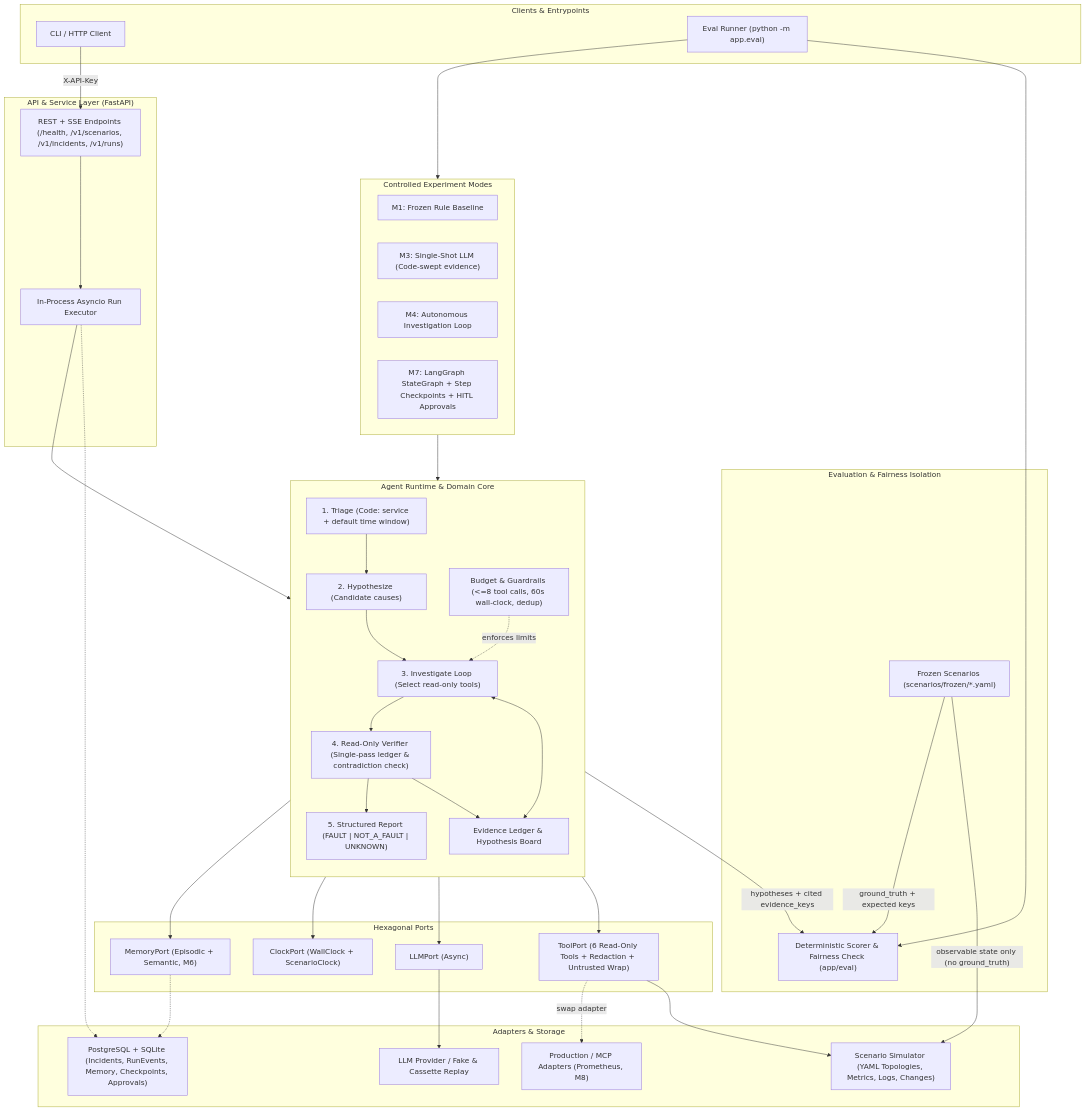
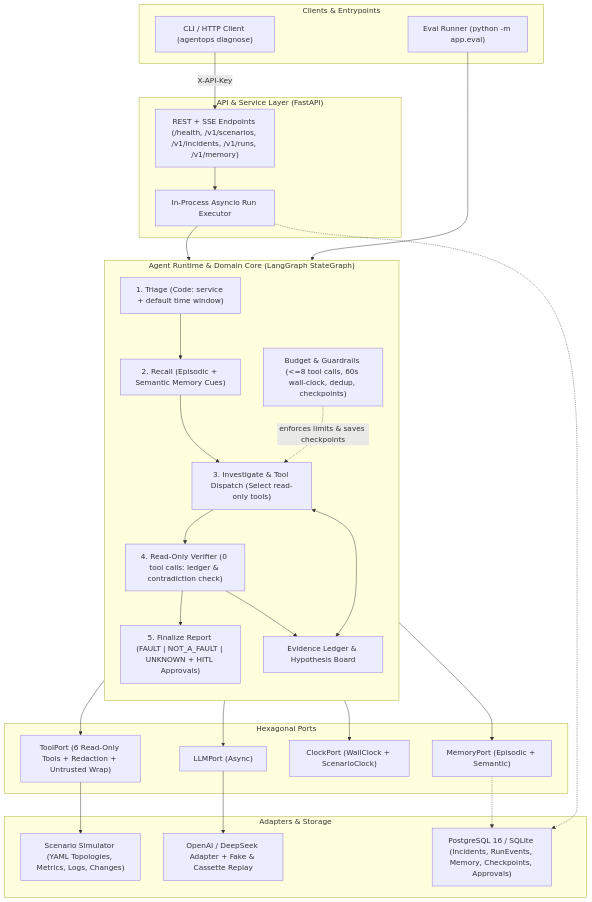
The diagram in README.md (kayzenline/AI-Autonomous-Incident-Diagnosis-Platform), drawn with Mermaid before and after one commit. The commit also changed other lines of this file and 1 other file, not shown here.

````diff
--- a/README.md
+++ b/README.md
@@ -9,75 +33,50 @@
 ```mermaid
 flowchart TB
     subgraph Clients["Clients & Entrypoints"]
-        CLI["CLI / HTTP Client"]
+        CLI["CLI / HTTP Client (agentops diagnose)"]
         EvalCLI["Eval Runner (python -m app.eval)"]
     end
 
     subgraph API["API & Service Layer (FastAPI)"]
-        REST["REST + SSE Endpoints (/health, /v1/scenarios, /v1/incidents, /v1/runs)"]
+        REST["REST + SSE Endpoints (/health, /v1/scenarios, /v1/incidents, /v1/runs, /v1/memory)"]
         Exec["In-Process Asyncio Run Executor"]
     end
 
-    subgraph Domain["Agent Runtime & Domain Core"]
+    subgraph Domain["Agent Runtime & Domain Core (LangGraph StateGraph)"]
         direction TB
         Triage["1. Triage (Code: service + default time window)"]
-        Hypo["2. Hypothesize (Candidate causes)"]
-        Investigate["3. Investigate Loop (Select read-only tools)"]
-        Verifier["4. Read-Only Verifier (Single-pass ledger & contradiction check)"]
-        Report["5. Structured Report (FAULT | NOT_A_FAULT | UNKNOWN)"]
+        Recall["2. Recall (Episodic + Semantic Memory Cues)"]
+        Investigate["3. Investigate & Tool Dispatch (Select read-only tools)"]
+        Verifier["4. Read-Only Verifier (0 tool calls: ledger & contradiction check)"]
+        Report["5. Finalize Report (FAULT | NOT_A_FAULT | UNKNOWN + HITL Approvals)"]
 
         Ledger["Evidence Ledger & Hypothesis Board"]
-        Guard["Budget & Guardrails (<=8 tool calls, 60s wall-clock, dedup)"]
+        Guard["Budget & Guardrails (<=8 tool calls, 60s wall-clock, dedup, checkpoints)"]
 
-        Triage --> Hypo --> Investigate --> Verifier --> Report
+        Triage --> Recall --> Investigate --> Verifier --> Report
         Investigate <--> Ledger
         Verifier --> Ledger
-        Guard -. "enforces limits" .-> Investigate
-    end
-
-    subgraph Modes["Controlled Experiment Modes"]
-        M1["M1: Frozen Rule Baseline"]
-        M3["M3: Single-Shot LLM (Code-swept evidence)"]
-        M4["M4: Autonomous Investigation Loop"]
-        M7["M7: LangGraph StateGraph + Step Checkpoints + HITL Approvals"]
+        Guard -. "enforces limits & saves checkpoints" .-> Investigate
     end
 
     subgraph Ports["Hexagonal Ports"]
         ToolPort["ToolPort (6 Read-Only Tools + Redaction + Untrusted Wrap)"]
         LLMPort["LLMPort (Async)"]
         ClockPort["ClockPort (WallClock + ScenarioClock)"]
-        MemoryPort["MemoryPort (Episodic + Semantic, M6)"]
+        MemoryPort["MemoryPort (Episodic + Semantic)"]
     end
 
     subgraph Adapters["Adapters & Storage"]
         Sim["Scenario Simulator (YAML Topologies, Metrics, Logs, Changes)"]
-        Prod["Production / MCP Adapters (Prometheus, M8)"]
-        LLMProv["LLM Provider / Fake & Cassette Replay"]
-        PG["PostgreSQL + SQLite (Incidents, RunEvents, Memory, Checkpoints, Approvals)"]
-    end
-
-    subgraph EvalBox["Evaluation & Fairness Isolation"]
-        Frozen["Frozen Scenarios (scenarios/frozen/*.yaml)"]
-        Scorer["Deterministic Scorer & Fairness Check (app/eval)"]
+        LLMProv["OpenAI / DeepSeek Adapter + Fake & Cassette Replay"]
+        PG["PostgreSQL 16 / SQLite (Incidents, RunEvents, Memory, Checkpoints, Approvals)"]
     end
 
     CLI -- "X-API-Key" --> REST --> Exec --> Domain
-    EvalCLI --> Scorer
-    EvalCLI --> Modes
-    Modes --> Domain
-
-    Domain --> ToolPort
-    Domain --> LLMPort
+    EvalCLI --> Domain
+    Domain --> ToolPort --> Sim
+    Domain --> LLMPort --> LLMProv
     Domain --> ClockPort
-    Domain --> MemoryPort
-
-    ToolPort --> Sim
-    ToolPort -. "swap adapter" .-> Prod
-    LLMPort --> LLMProv
-    MemoryPort -.-> PG
+    Domain --> MemoryPort -.-> PG
     Exec -.-> PG
-
-    Frozen -- "observable state only (no ground_truth)" --> Sim
-    Frozen -- "ground_truth + expected keys" --> Scorer
-    Report -- "hypotheses + cited evidence_keys" --> Scorer
 ```
````
